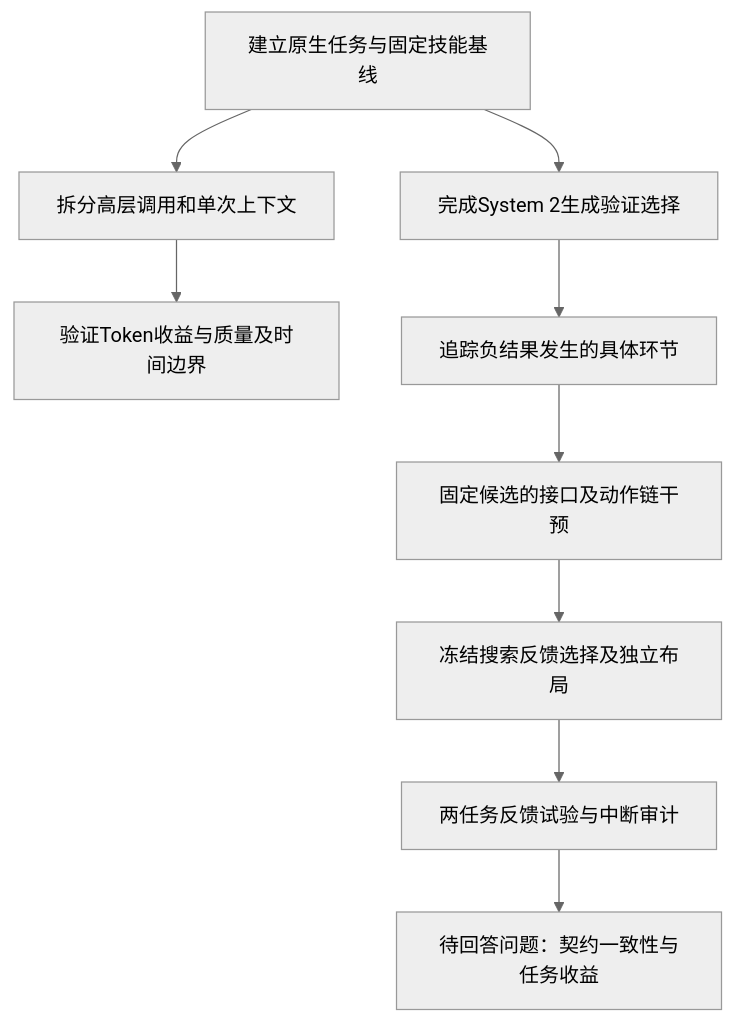
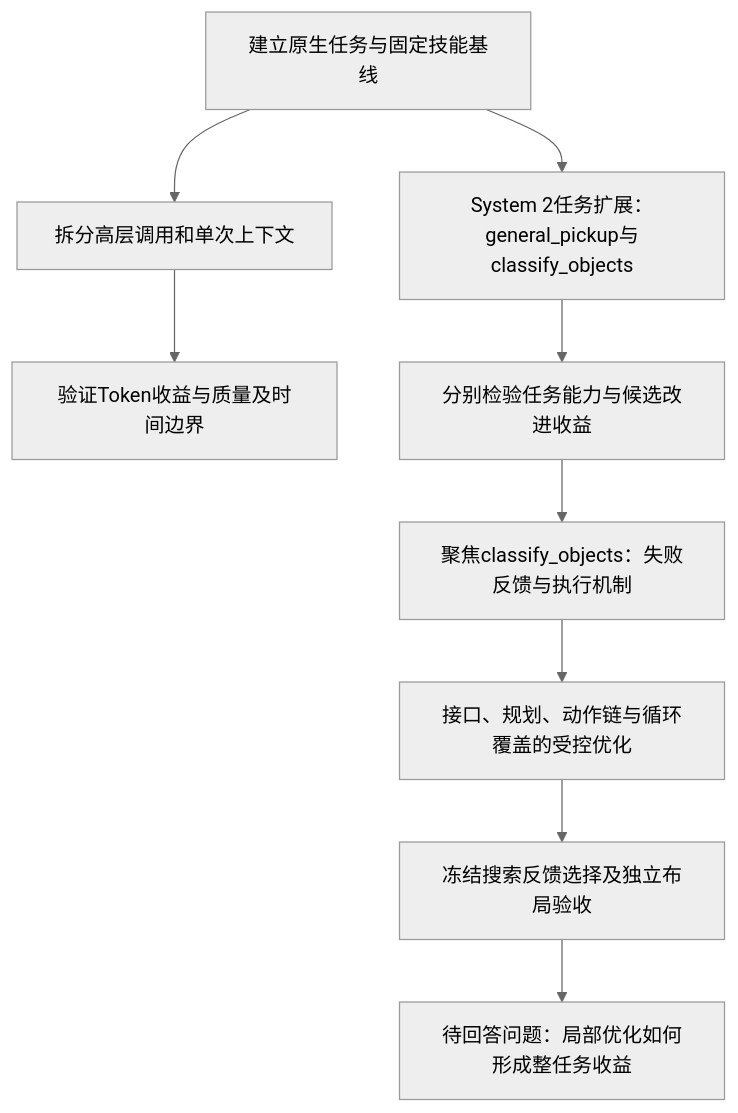
Before and after one commit to marco-hc123/PhysicalRSI: the diagram in docs/RESEARCH_ROADMAP.md, drawn with Mermaid (neutral theme). The commit also changed other lines of this file and 11 other files, not shown here.

````diff
--- a/docs/RESEARCH_ROADMAP.md
+++ b/docs/RESEARCH_ROADMAP.md
@@ -5,11 +5,11 @@
 ```mermaid
 flowchart TD
     A[建立原生任务与固定技能基线] --> B[拆分高层调用和单次上下文]
     B --> C[验证Token收益与质量及时间边界]
-    A --> D[完成System 2生成验证选择]
-    D --> E[追踪负结果发生的具体环节]
-    E --> F[固定候选的接口及动作链干预]
-    F --> G[冻结搜索反馈选择及独立布局]
-    G --> H[两任务反馈试验与中断审计]
-    H --> I[待回答问题：契约一致性与任务收益]
+    A --> D[System 2任务扩展：general_pickup与classify_objects]
+    D --> E[分别检验任务能力与候选改进收益]
+    E --> F[聚焦classify_objects：失败反馈与执行机制]
+    F --> G[接口、规划、动作链与循环覆盖的受控优化]
+    G --> H[冻结搜索反馈选择及独立布局验收]
+    H --> I[待回答问题：局部优化如何形成整任务收益]
 ```
````
